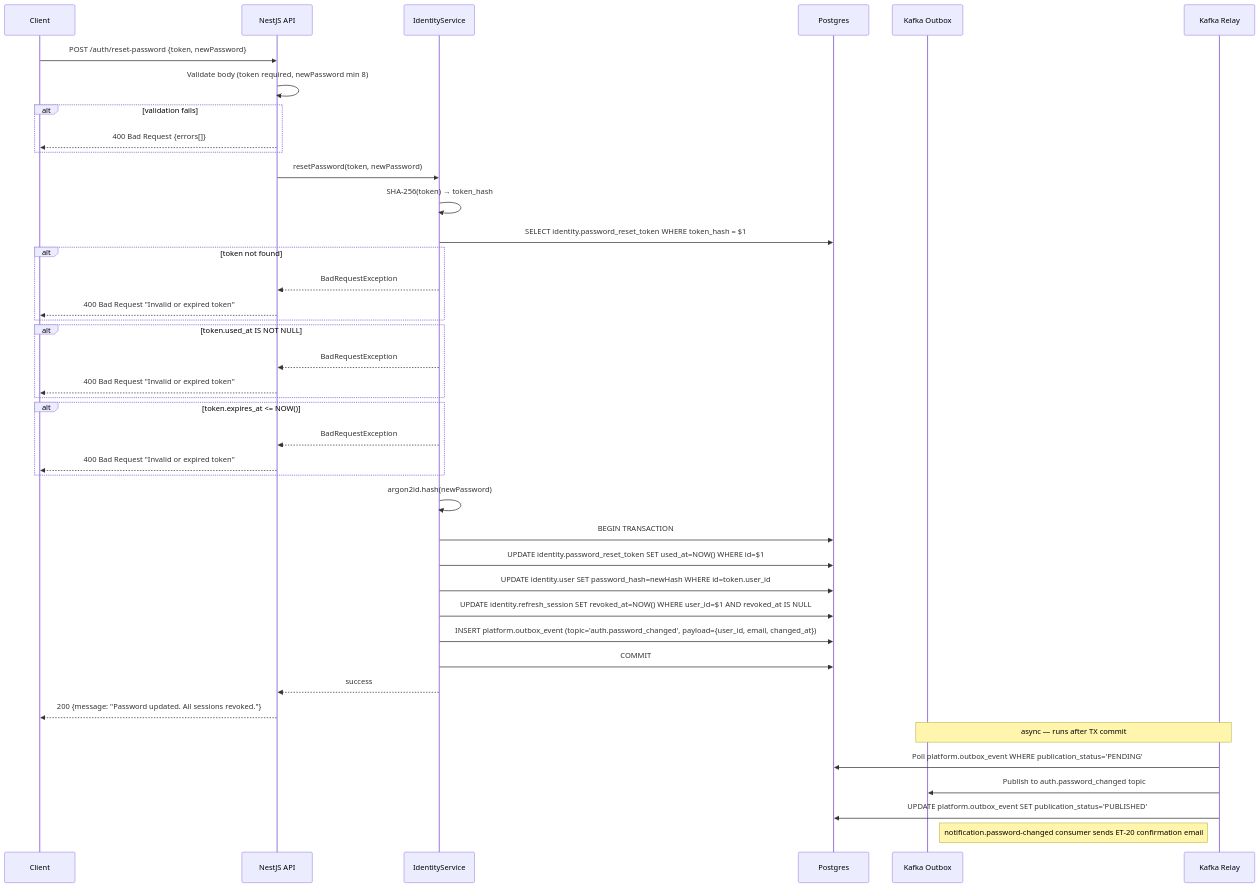
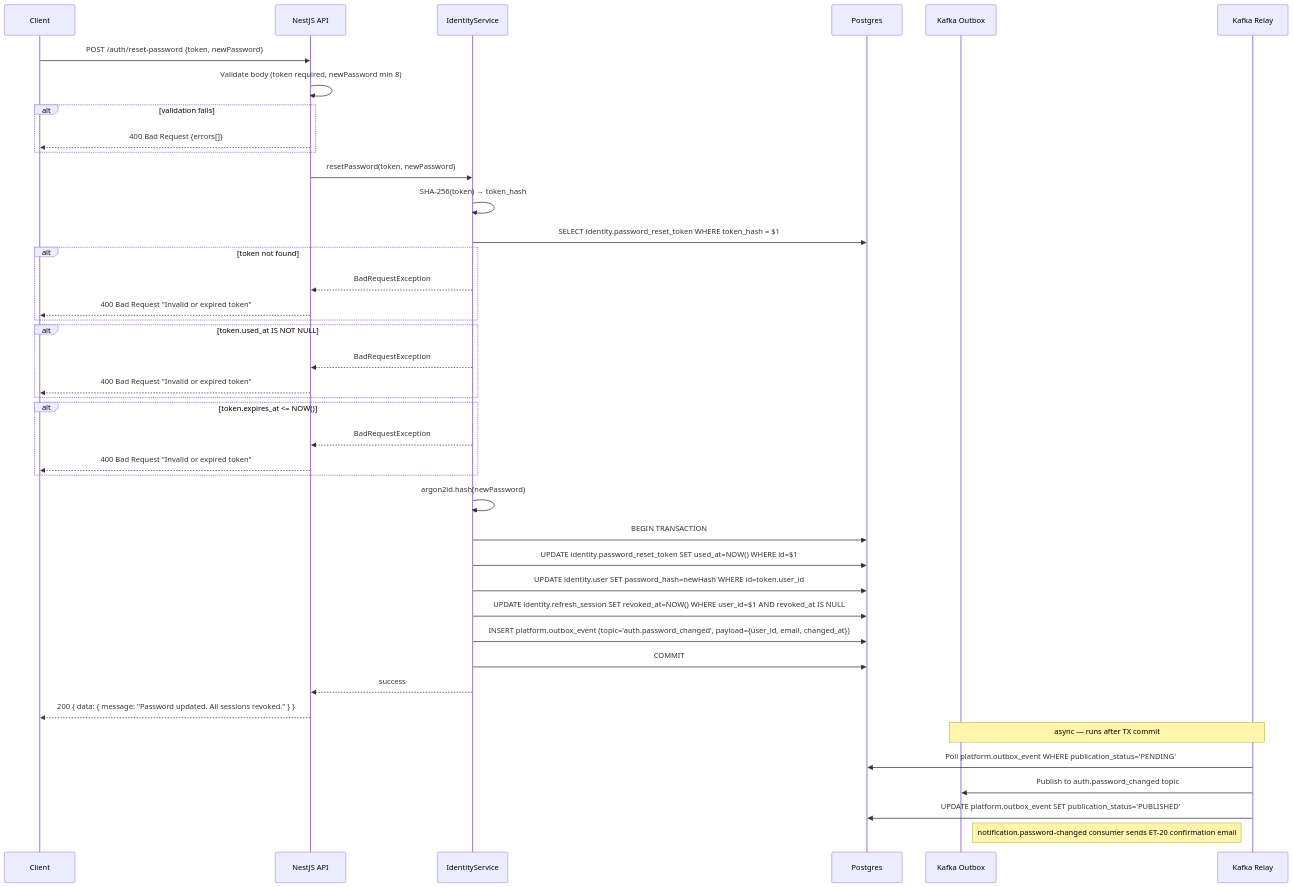
The ninth of 13 diagrams in phase-1/technical-design/api-design/auth.md (alisa-uthi/aliceut-ecom-document), drawn with Mermaid before and after one commit. The commit also changed other lines of this file and 22 other files, not shown here.

````diff
--- a/phase-1/technical-design/api-design/auth.md
+++ b/phase-1/technical-design/api-design/auth.md
@@ -546,53 +568,53 @@
 ```mermaid
 sequenceDiagram
     participant C as Client
     participant A as NestJS API
     participant IS as IdentityService
     participant PG as Postgres
     participant KO as Kafka Outbox
     participant KR as Kafka Relay
 
     C->>A: POST /auth/reset-password {token, newPassword}
 
     A->>A: Validate body (token required, newPassword min 8)
     alt validation fails
         A-->>C: 400 Bad Request {errors[]}
     end
 
     A->>IS: resetPassword(token, newPassword)
     IS->>IS: SHA-256(token) → token_hash
     IS->>PG: SELECT identity.password_reset_token WHERE token_hash = $1
 
     alt token not found
         IS-->>A: BadRequestException
         A-->>C: 400 Bad Request "Invalid or expired token"
     end
 
     alt token.used_at IS NOT NULL
         IS-->>A: BadRequestException
         A-->>C: 400 Bad Request "Invalid or expired token"
     end
 
     alt token.expires_at <= NOW()
         IS-->>A: BadRequestException
         A-->>C: 400 Bad Request "Invalid or expired token"
     end
 
     IS->>IS: argon2id.hash(newPassword)
 
     IS->>PG: BEGIN TRANSACTION
     IS->>PG: UPDATE identity.password_reset_token SET used_at=NOW() WHERE id=$1
     IS->>PG: UPDATE identity.user SET password_hash=newHash WHERE id=token.user_id
     IS->>PG: UPDATE identity.refresh_session SET revoked_at=NOW() WHERE user_id=$1 AND revoked_at IS NULL
     IS->>PG: INSERT platform.outbox_event (topic='auth.password_changed', payload={user_id, email, changed_at})
     IS->>PG: COMMIT
 
     IS-->>A: success
-    A-->>C: 200 {message: "Password updated. All sessions revoked."}
+    A-->>C: 200 { data: { message: "Password updated. All sessions revoked." } }
 
     Note over KO,KR: async — runs after TX commit
     KR->>PG: Poll platform.outbox_event WHERE publication_status='PENDING'
     KR->>KO: Publish to auth.password_changed topic
     KR->>PG: UPDATE platform.outbox_event SET publication_status='PUBLISHED'
     Note right of KO: notification.password-changed consumer sends ET-20 confirmation email
 ```
````
